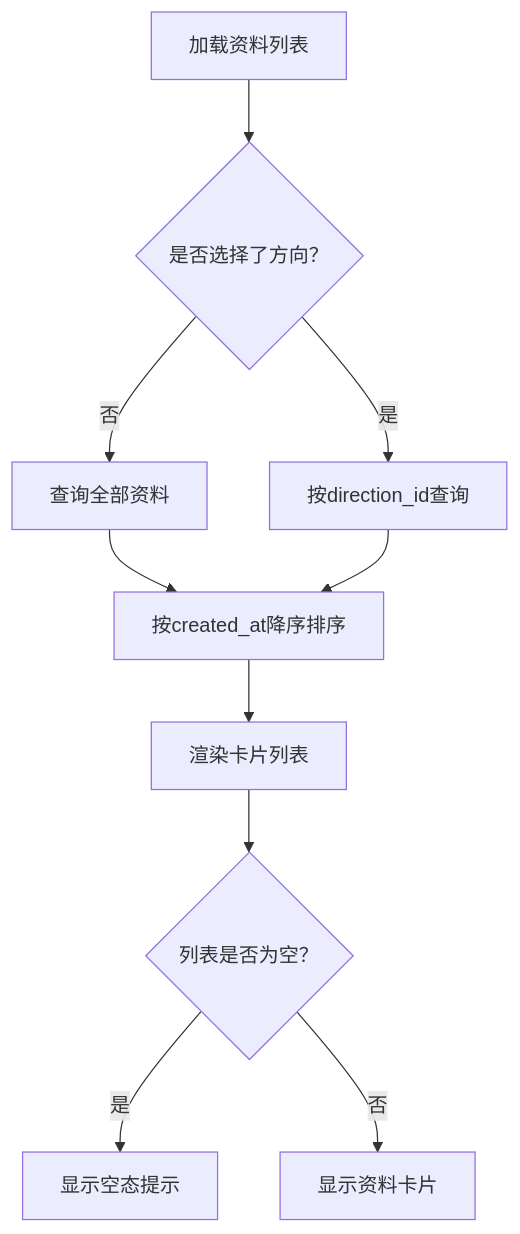
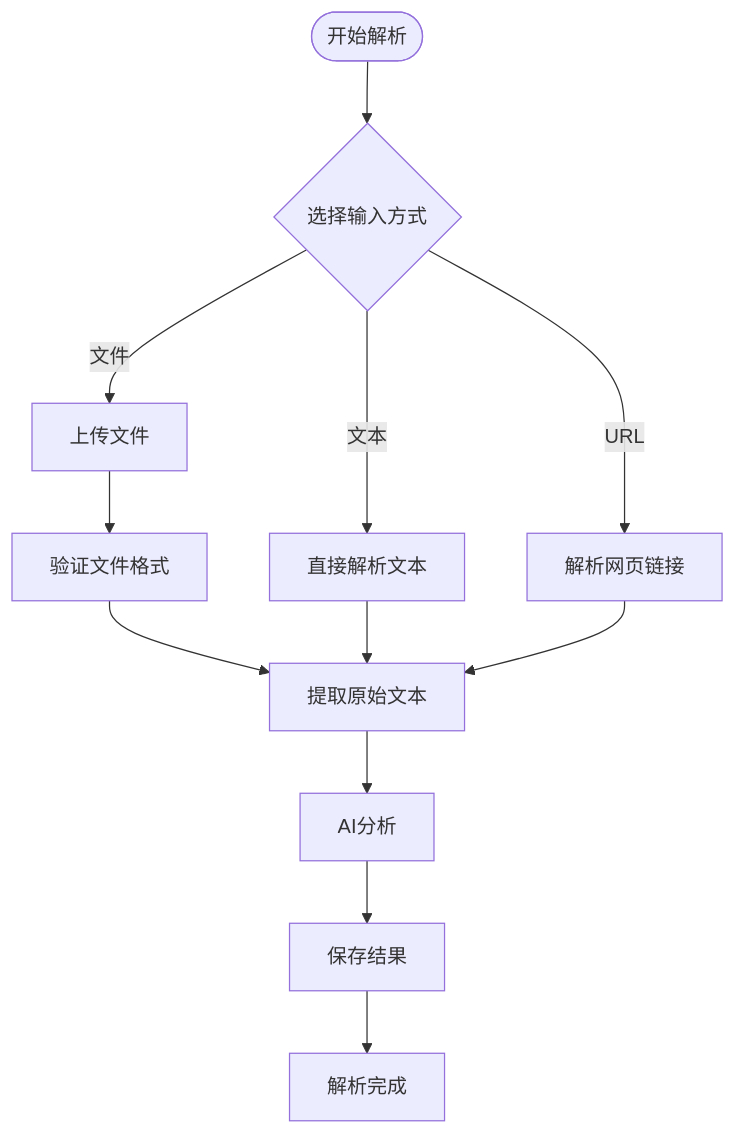
The fifth of 6 diagrams in .qoder/repowiki/zh/content/前端应用架构/视图组件/资料管理组件.md (zhiwenli-jack/personal-learning-manager), drawn with Mermaid before and after one commit. The commit also changed other lines of this file and 15 other files, not shown here.

````diff
--- a/.qoder/repowiki/zh/content/前端应用架构/视图组件/资料管理组件.md
+++ b/.qoder/repowiki/zh/content/前端应用架构/视图组件/资料管理组件.md
@@ -216,12 +305,14 @@
 ```mermaid
 flowchart TD
-Load["加载资料列表"] --> Filter{"是否选择了方向？"}
-Filter --> |是| QueryDir["按direction_id查询"]
-Filter --> |否| QueryAll["查询全部资料"]
-QueryAll --> Sort["按created_at降序排序"]
-QueryDir --> Sort
-Sort --> Render["渲染卡片列表"]
-Render --> Empty{"列表是否为空？"}
-Empty --> |是| ShowEmpty["显示空态提示"]
-Empty --> |否| ShowCards["显示资料卡片"]
+Start(["开始解析"]) --> Input{"选择输入方式"}
+Input --> |文本| TextParse["直接解析文本"]
+Input --> |文件| FileUpload["上传文件"]
+Input --> |URL| UrlParse["解析网页链接"]
+FileUpload --> Validate["验证文件格式"]
+Validate --> Extract["提取原始文本"]
+TextParse --> Extract
+UrlParse --> Extract
+Extract --> Analyze["AI分析"]
+Analyze --> Save["保存结果"]
+Save --> Success["解析完成"]
 ```
````
